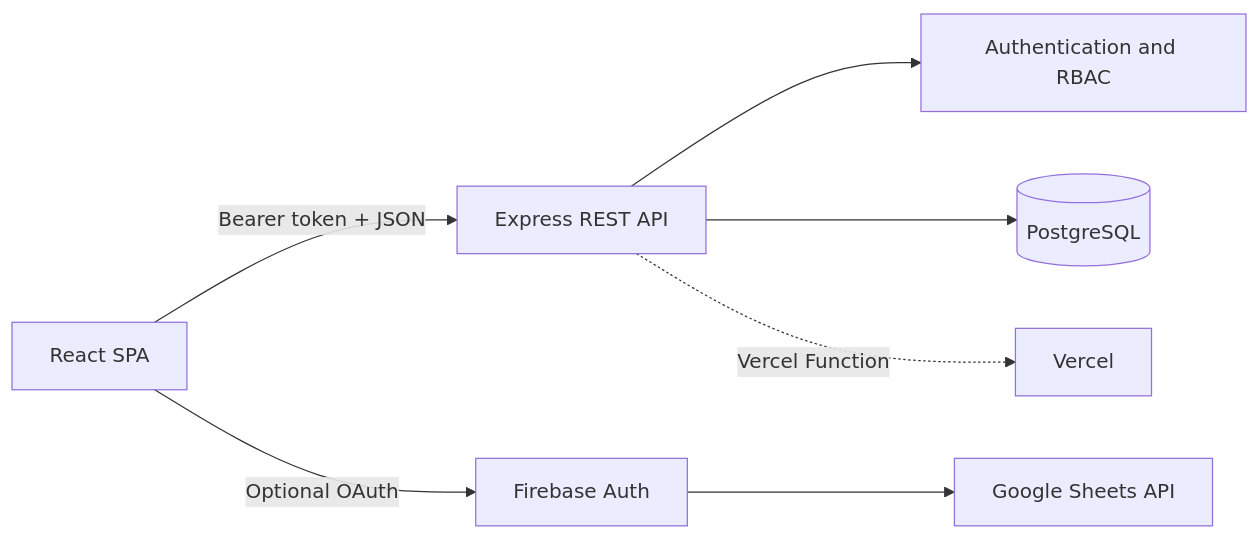
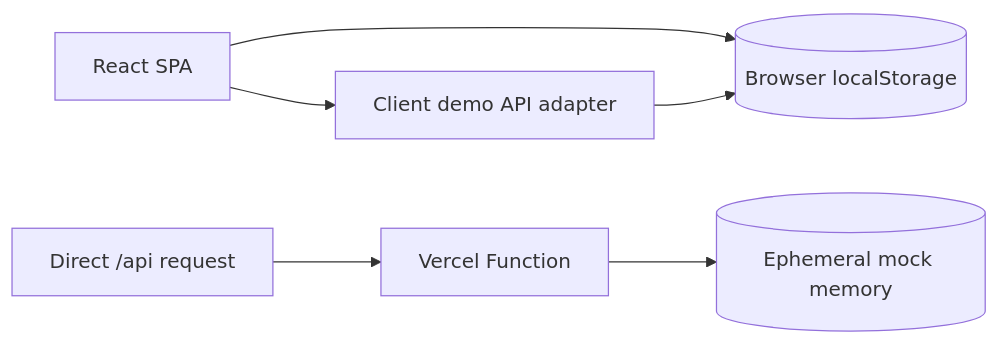
One commit to Natchapoom2548/IPM-System-Portfolio changed the diagram in README.md. Above: the diagram before and after it, drawn with Mermaid. The commit also changed other lines of this file and 31 other files, not shown here.

````diff
--- a/README.md
+++ b/README.md
@@ -50,9 +40,8 @@
 ```mermaid
 flowchart LR
-    Browser[React SPA] -->|Bearer token + JSON| API[Express REST API]
-    API --> Auth[Authentication and RBAC]
-    API --> DB[(PostgreSQL)]
-    Browser -->|Optional OAuth| Firebase[Firebase Auth]
-    Firebase --> Sheets[Google Sheets API]
-    API -. Vercel Function .-> Runtime[Vercel]
+    Browser[React SPA] --> Store[(Browser localStorage)]
+    Browser --> MockClient[Client demo API adapter]
+    MockClient --> Store
+    DirectAPI[Direct /api request] --> Vercel[Vercel Function]
+    Vercel --> Memory[(Ephemeral mock memory)]
 ```
````
